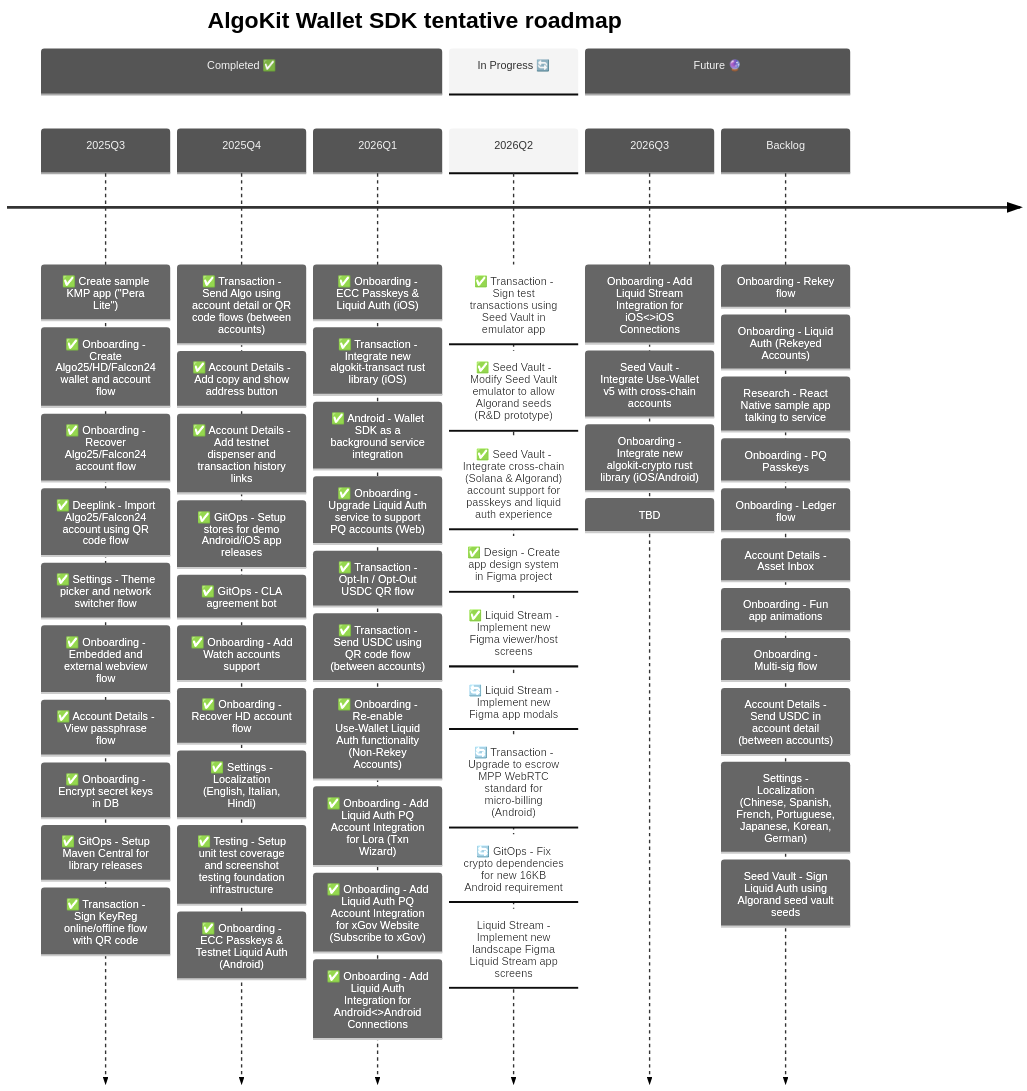
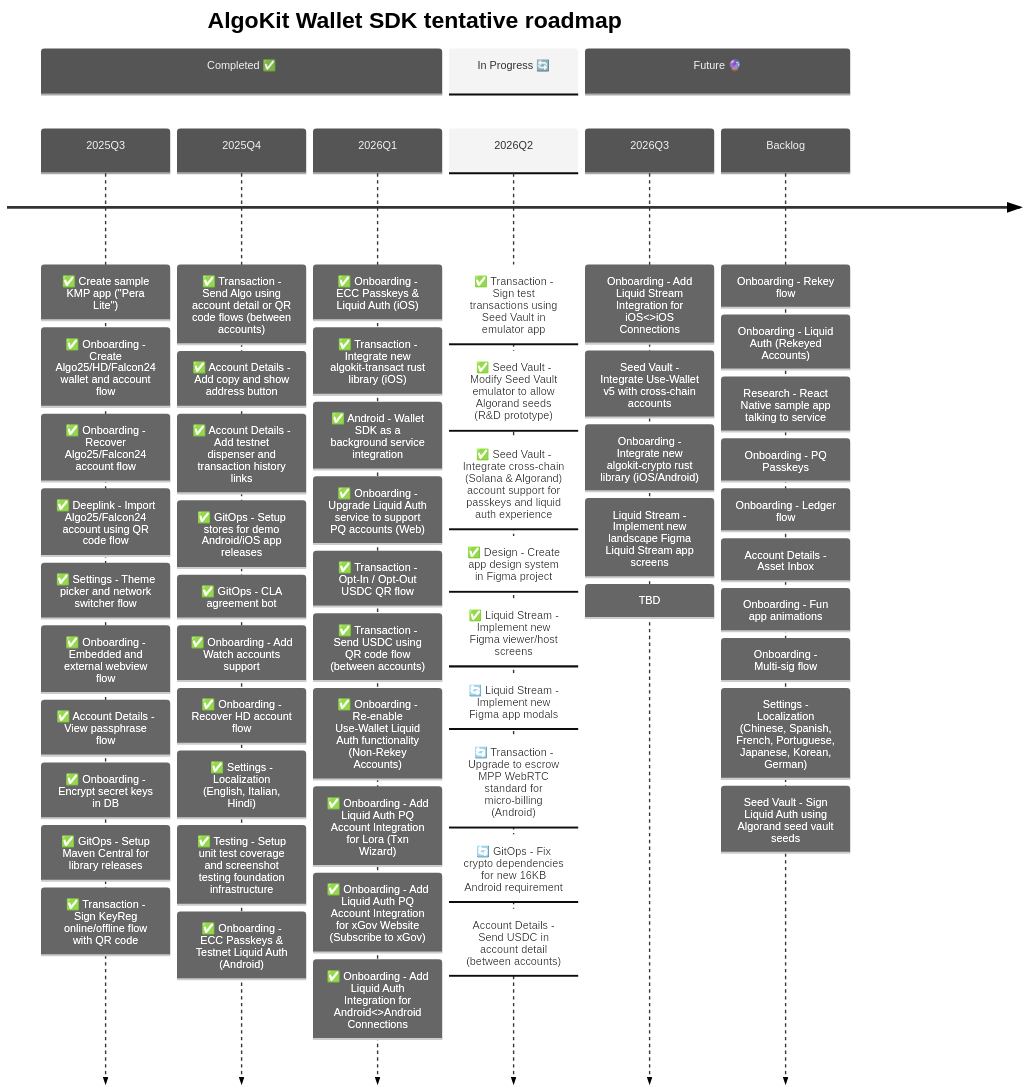
Before and after one commit to michaeltchuangllc/algokit-walletsdk-kmp: the second of 3 diagrams in README.md, drawn with Mermaid. The commit also changed 27 other files, not shown here.

Commit message:
feat: switch to USDC for session vault payment in Liquid Stream (#289)

````diff
--- a/README.md
+++ b/README.md
@@ -69,71 +69,71 @@
 ```mermaid
 ---
 config:
   theme: 'neutral'
 ---
 timeline
     title AlgoKit Wallet SDK tentative roadmap
 
     section Completed ✅
     2025Q3  : ✅ Create sample KMP app ("Pera Lite")
             : ✅ Onboarding - Create Algo25/HD/Falcon24 wallet and account flow
             : ✅ Onboarding - Recover Algo25/Falcon24 account flow
             : ✅ Deeplink - Import Algo25/Falcon24 account using QR code flow
             : ✅ Settings - Theme picker and network switcher flow
             : ✅ Onboarding - Embedded and external webview flow
             : ✅ Account Details - View passphrase flow
             : ✅ Onboarding - Encrypt secret keys in DB
             : ✅ GitOps - Setup Maven Central for library releases
             : ✅ Transaction - Sign KeyReg online/offline flow with QR code
 
     2025Q4  : ✅ Transaction - Send Algo using account detail or QR code flows (between accounts)
             : ✅ Account Details - Add copy and show address button
             : ✅ Account Details - Add testnet dispenser and transaction history links
             : ✅ GitOps - Setup stores for demo Android/iOS app releases
             : ✅ GitOps - CLA agreement bot
             : ✅ Onboarding - Add Watch accounts support
             : ✅ Onboarding - Recover HD account flow
             : ✅ Settings - Localization (English, Italian, Hindi)
             : ✅ Testing - Setup unit test coverage and screenshot testing foundation infrastructure
             : ✅ Onboarding - ECC Passkeys & Testnet Liquid Auth (Android)
 
     2026Q1  : ✅ Onboarding - ECC Passkeys & Liquid Auth (iOS)
             : ✅ Transaction - Integrate new algokit-transact rust library (iOS)
             : ✅ Android - Wallet SDK as a background service integration
             : ✅ Onboarding - Upgrade Liquid Auth service to support PQ accounts (Web)
             : ✅ Transaction - Opt-In / Opt-Out USDC QR flow
             : ✅ Transaction - Send USDC using QR code flow (between accounts)
             : ✅ Onboarding - Re-enable Use-Wallet Liquid Auth functionality (Non-Rekey Accounts)
             : ✅ Onboarding - Add Liquid Auth PQ Account Integration for Lora (Txn Wizard)
             : ✅ Onboarding - Add Liquid Auth PQ Account Integration for xGov Website (Subscribe to xGov)
             : ✅ Onboarding - Add Liquid Auth Integration for Android<>Android Connections
 
     section In Progress 🔄
     2026Q2  : ✅ Transaction - Sign test transactions using Seed Vault in emulator app
             : ✅ Seed Vault - Modify Seed Vault emulator to allow Algorand seeds (R&D prototype)
             : ✅ Seed Vault - Integrate cross-chain (Solana & Algorand) account support for passkeys and liquid auth experience
             : ✅ Design - Create app design system in Figma project
             : ✅ Liquid Stream - Implement new Figma viewer/host screens
             : 🔄 Liquid Stream - Implement new Figma app modals
             : 🔄 Transaction - Upgrade to escrow MPP WebRTC standard for micro-billing (Android)
             : 🔄 GitOps - Fix crypto dependencies for new 16KB Android requirement
-            : Liquid Stream - Implement new landscape Figma Liquid Stream app screens
+            : Account Details - Send USDC in account detail (between accounts)
             
     section Future 🔮
      2026Q3  : Onboarding - Add Liquid Stream Integration for iOS<>iOS Connections
              : Seed Vault - Integrate Use-Wallet v5 with cross-chain accounts
              : Onboarding - Integrate new algokit-crypto rust library (iOS/Android)
+             : Liquid Stream - Implement new landscape Figma Liquid Stream app screens
              : TBD
     Backlog
             : Onboarding - Rekey flow
             : Onboarding - Liquid Auth (Rekeyed Accounts)
             : Research - React Native sample app talking to service
             : Onboarding - PQ Passkeys
             : Onboarding - Ledger flow
             : Account Details - Asset Inbox
             : Onboarding - Fun app animations
             : Onboarding - Multi-sig flow
-            : Account Details - Send USDC in account detail (between accounts)
             : Settings - Localization (Chinese, Spanish, French, Portuguese, Japanese, Korean, German)
             : Seed Vault - Sign Liquid Auth using Algorand seed vault seeds
 ```
````
